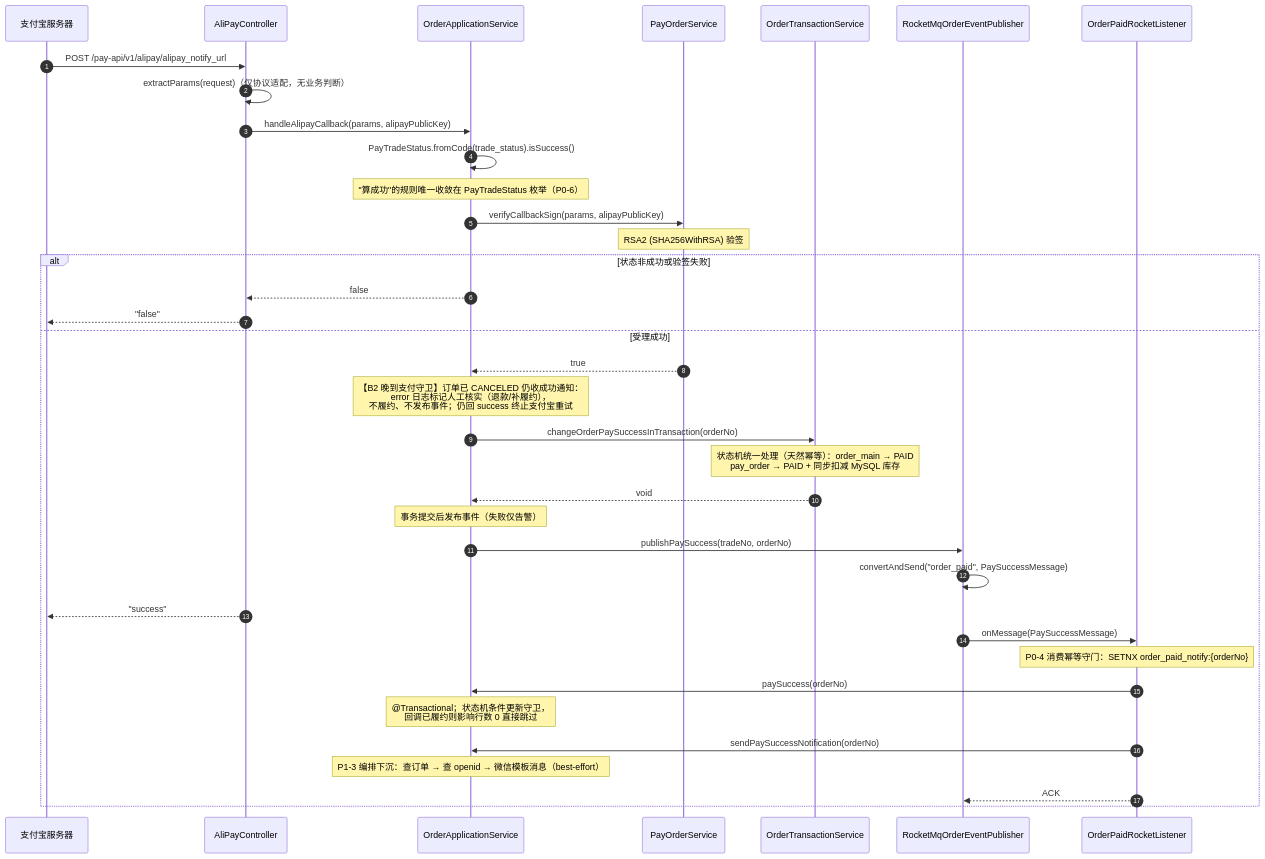
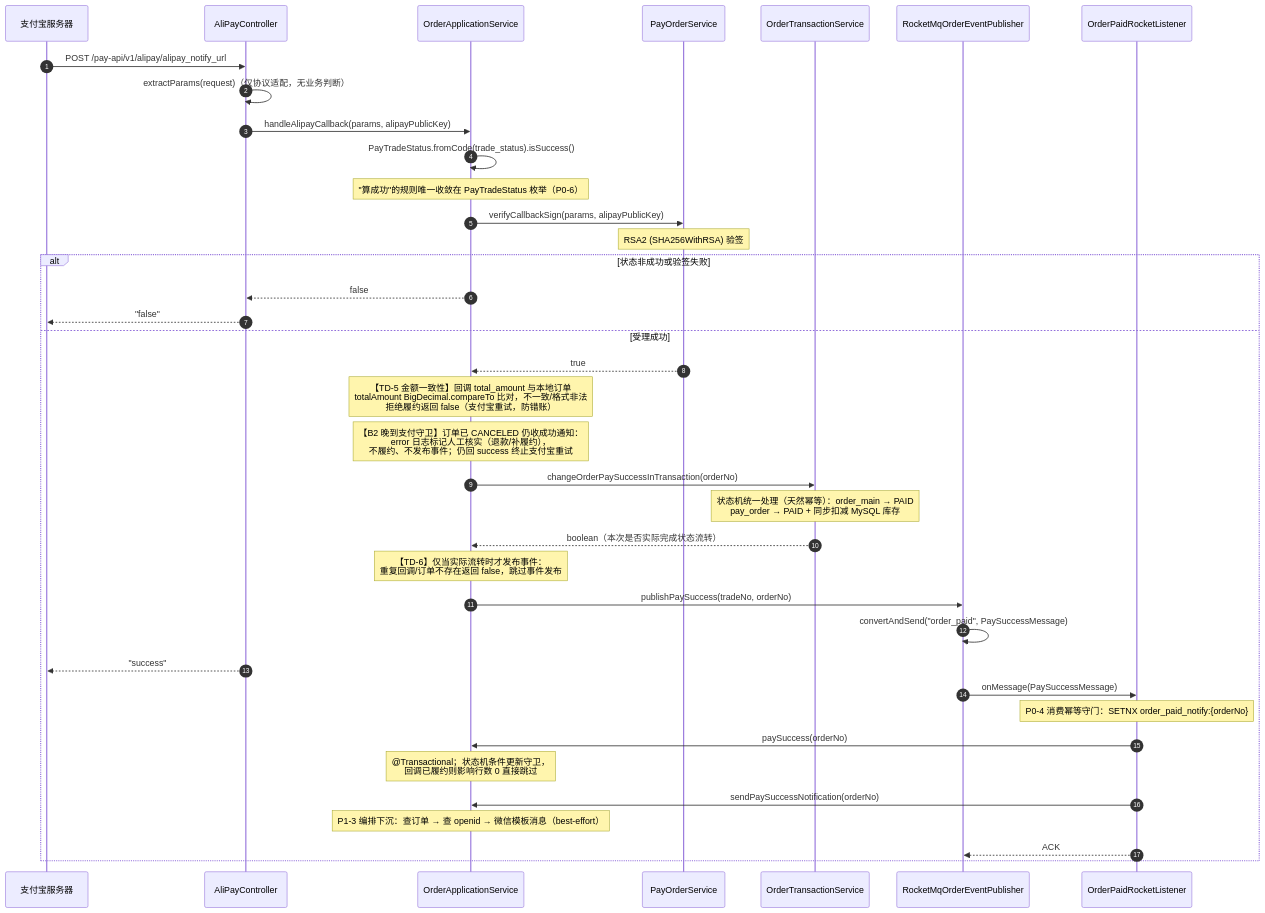
Before and after one commit to sxlva/s-pay-mall: the second of 5 diagrams in docs/design/module-order-pay.md, drawn with Mermaid. The commit also changed other lines of this file and 70 other files, not shown here.

````diff
--- a/docs/design/module-order-pay.md
+++ b/docs/design/module-order-pay.md
@@ -83,43 +83,44 @@
 ```mermaid
 sequenceDiagram
     autonumber
     participant Ali as 支付宝服务器
     participant C as AliPayController
     participant S as OrderApplicationService
     participant PS as PayOrderService
     participant TX as OrderTransactionService
     participant MQ as RocketMqOrderEventPublisher
     participant L as OrderPaidRocketListener
 
     Ali->>C: POST /pay-api/v1/alipay/alipay_notify_url
     C->>C: extractParams(request)（仅协议适配，无业务判断）
 
     C->>S: handleAlipayCallback(params, alipayPublicKey)
     S->>S: PayTradeStatus.fromCode(trade_status).isSuccess()
     Note over S: "算成功"的规则唯一收敛在 PayTradeStatus 枚举（P0-6）
     S->>PS: verifyCallbackSign(params, alipayPublicKey)
     Note over PS: RSA2 (SHA256WithRSA) 验签
 
     alt 状态非成功或验签失败
         S-->>C: false
         C-->>Ali: "false"
     else 受理成功
         PS-->>S: true
+        Note over S: 【TD-5 金额一致性】回调 total_amount 与本地订单<br/>totalAmount BigDecimal.compareTo 比对，不一致/格式非法<br/>拒绝履约返回 false（支付宝重试，防错账）
         Note over S: 【B2 晚到支付守卫】订单已 CANCELED 仍收成功通知：<br/>error 日志标记人工核实（退款/补履约），<br/>不履约、不发布事件；仍回 success 终止支付宝重试
         S->>TX: changeOrderPaySuccessInTransaction(orderNo)
         Note over TX: 状态机统一处理（天然幂等）：order_main → PAID<br/>pay_order → PAID + 同步扣减 MySQL 库存
-        TX-->>S: void
-        Note over S: 事务提交后发布事件（失败仅告警）
+        TX-->>S: boolean（本次是否实际完成状态流转）
+        Note over S: 【TD-6】仅当实际流转时才发布事件：<br/>重复回调/订单不存在返回 false，跳过事件发布
         S->>MQ: publishPaySuccess(tradeNo, orderNo)
         MQ->>MQ: convertAndSend("order_paid", PaySuccessMessage)
         C-->>Ali: "success"
 
         MQ->>L: onMessage(PaySuccessMessage)
         Note over L: P0-4 消费幂等守门：SETNX order_paid_notify:{orderNo}
         L->>S: paySuccess(orderNo)
         Note over S: @Transactional；状态机条件更新守卫，<br/>回调已履约则影响行数 0 直接跳过
         L->>S: sendPaySuccessNotification(orderNo)
         Note over S: P1-3 编排下沉：查订单 → 查 openid → 微信模板消息（best-effort）
         L-->>MQ: ACK
     end
 ```
````
